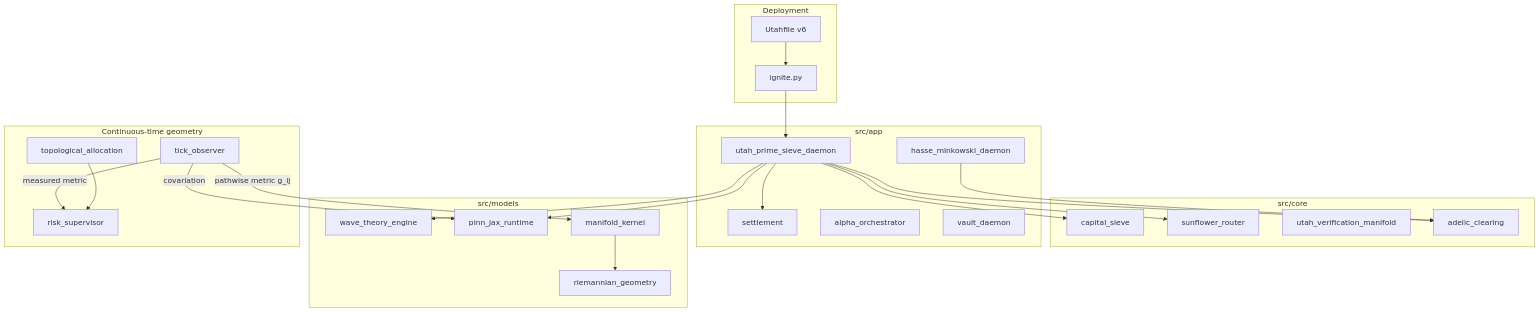
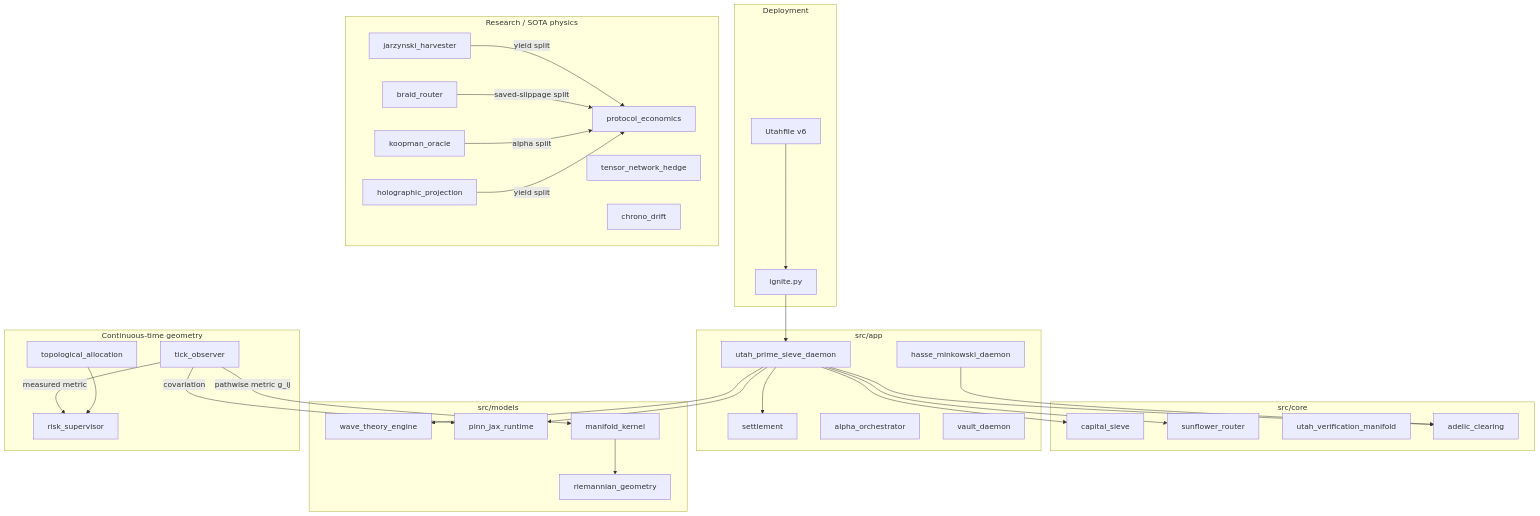
Before and after one commit to utahisnotastate/utahfinancelibrary: the diagram in ARCHITECTURE.md, drawn with Mermaid. The commit also changed other lines of this file and 19 other files, not shown here.

First line of the commit message:
feat: add Jarzynski, braid-router and Koopman SOTA modules

````diff
--- a/ARCHITECTURE.md
+++ b/ARCHITECTURE.md
@@ -8,51 +8,66 @@
 ```mermaid
 flowchart TB
     subgraph deploy [Deployment]
         UF[Utahfile v6]
         IG[ignite.py]
         UF --> IG
     end
 
     subgraph core [src/core]
         CS[capital_sieve]
         SR[sunflower_router]
         VL[utah_verification_manifold]
         AC[adelic_clearing]
     end
 
     subgraph app [src/app]
         PS[utah_prime_sieve_daemon]
         ST[settlement]
         HM[hasse_minkowski_daemon]
         AO[alpha_orchestrator]
         VD[vault_daemon]
     end
 
     subgraph models [src/models]
         WT[wave_theory_engine]
         PINN[pinn_jax_runtime]
         MK[manifold_kernel]
         RG[riemannian_geometry]
     end
 
     subgraph geo [Continuous-time geometry]
         TO[tick_observer]
         TA[topological_allocation]
         RS[risk_supervisor]
     end
 
+    subgraph sota [Research / SOTA physics]
+        HP[holographic_projection]
+        TN[tensor_network_hedge]
+        CD[chrono_drift]
+        JZ[jarzynski_harvester]
+        BR[braid_router]
+        KO[koopman_oracle]
+        PE[protocol_economics]
+    end
+
     IG --> PS
     PS --> CS
     PS --> SR
     PS --> ST
     PS --> AC
     PS --> WT
     PS --> PINN
     HM --> AC
 
     TO -->|pathwise metric g_ij| MK
     TO -->|measured metric| RS
     TO -->|covariation| PINN
     MK --> RG
     TA --> RS
+
+    JZ -->|yield split| PE
+    BR -->|saved-slippage split| PE
+    KO -->|alpha split| PE
+    HP -->|yield split| PE
 ```
````
